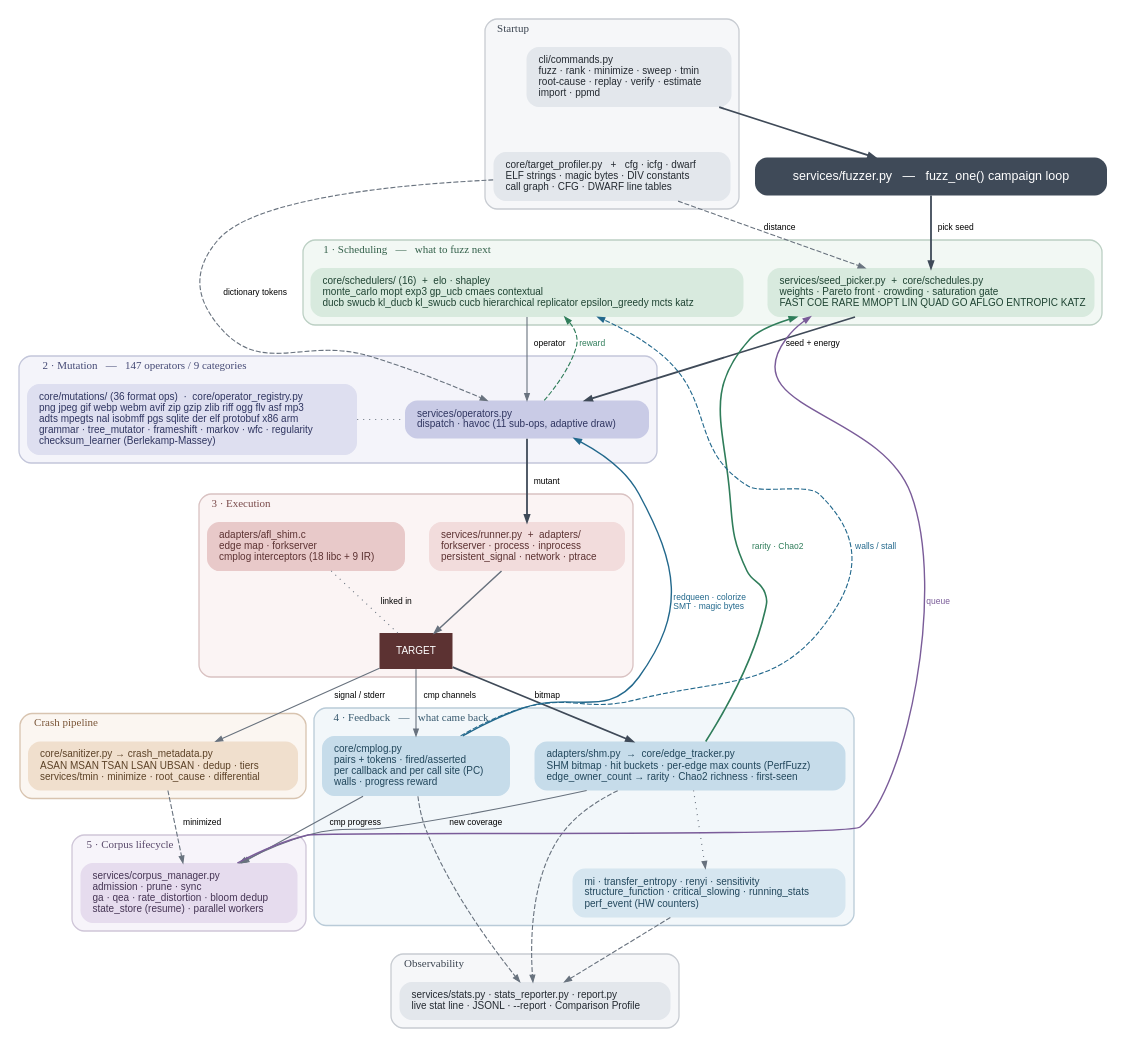
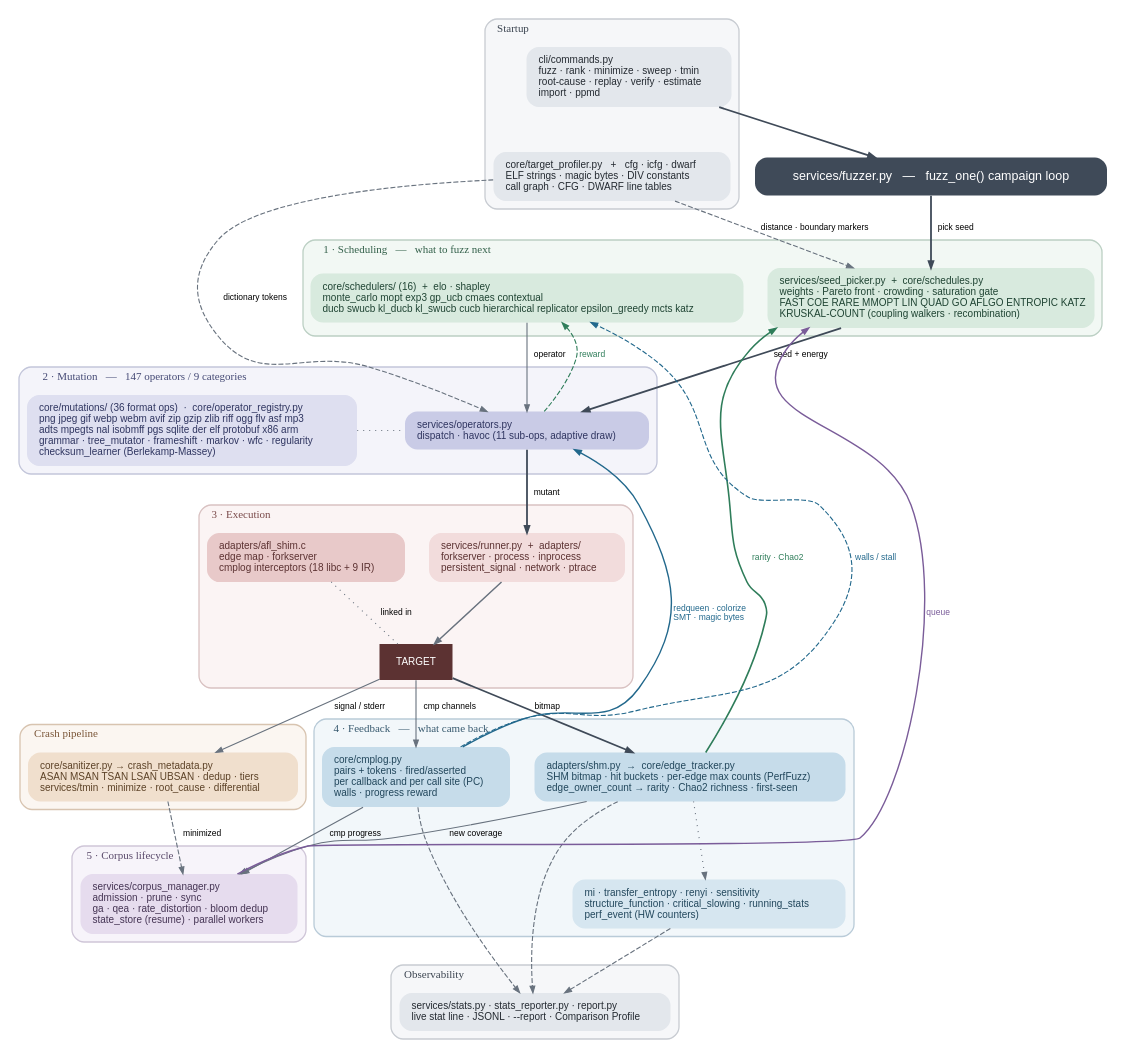
One commit to daedalus/fuzzer changed the diagram in docs/architecture.dot. Above: the diagram before and after it, drawn with Graphviz. The commit also changed 6 other files, not shown here.

First line of the commit message:
docs: document --kruskal-count and its open A/B

```diff
--- a/docs/architecture.dot
+++ b/docs/architecture.dot
@@ -1,162 +1,162 @@
 // fuzzer-tool subsystem architecture.
 //
 // Regenerate with:
 //   dot -Tpng -Gdpi=130 docs/architecture.dot -o docs/images/architecture.png
 //   dot -Tsvg            docs/architecture.dot -o docs/images/architecture.svg
 //
 // Node labels carry the real module paths under src/fuzzer_tool/, so the
 // diagram can be checked against the tree rather than trusted. Boxes are
 // subsystems, not files: a single box may cover several modules, and the
 // per-module detail lives in the README sections and docs/DEEP_DIVE.md.
 //
 // Reading order: the campaign loop runs down the dark spine -- pick a
 // seed, mutate it, execute it, measure what came back. The coloured edges
 // on the right are the return paths that close the loop:
 //   green  = coverage and reward feeding scheduling
 //   blue   = comparison signal feeding mutation and stall detection
 //   purple = corpus queue feeding seed selection
 
 digraph fuzzer_tool {
     rankdir=TB;
     compound=true;
     newrank=true;
     bgcolor="white";
     splines=spline;
     nodesep=0.34;
     ranksep=0.60;
 
     node [shape=box, style="rounded,filled", fontname="Helvetica",
           fontsize=10, margin="0.17,0.11", penwidth=0, color="#00000000"];
     edge [fontname="Helvetica", fontsize=8.5, color="#68727e",
           arrowsize=0.68, penwidth=1.1];
     graph [fontname="Helvetica Bold", fontsize=11,
            style="rounded,filled", penwidth=1.3, labeljust="l"];
 
     // ---------------------------------------------------------- startup
     subgraph cluster_start {
         label="Startup";
         color="#c8ccd2"; fillcolor="#f6f7f9"; fontcolor="#3c4551";
         cli [label="cli/commands.py\lfuzz · rank · minimize · sweep · tmin\lroot-cause · replay · verify · estimate\limport · ppmd\l",
              fillcolor="#e3e7ec", fontcolor="#242a31"];
         profiler [label="core/target_profiler.py   +   cfg · icfg · dwarf\lELF strings · magic bytes · DIV constants\lcall graph · CFG · DWARF line tables\l",
                   fillcolor="#e3e7ec", fontcolor="#242a31"];
     }
 
     fuzzer [label="services/fuzzer.py   —   fuzz_one() campaign loop",
             fillcolor="#3f4a58", fontcolor="white", fontsize=12.5,
             margin="0.28,0.16"];
 
     // ------------------------------------------------------- scheduling
     subgraph cluster_sched {
         label="1 · Scheduling   —   what to fuzz next";
         color="#bcd0c4"; fillcolor="#f2f8f4"; fontcolor="#33604a";
-        picker [label="services/seed_picker.py  +  core/schedules.py\lweights · Pareto front · crowding · saturation gate\lFAST COE RARE MMOPT LIN QUAD GO AFLGO ENTROPIC KATZ\l",
+        picker [label="services/seed_picker.py  +  core/schedules.py\lweights · Pareto front · crowding · saturation gate\lFAST COE RARE MMOPT LIN QUAD GO AFLGO ENTROPIC KATZ\lKRUSKAL-COUNT (coupling walkers · recombination)\l",
                 fillcolor="#d8eade", fontcolor="#1f4433"];
         bandit [label="core/schedulers/ (16)  +  elo · shapley\lmonte_carlo mopt exp3 gp_ucb cmaes contextual\lducb swucb kl_ducb kl_swucb cucb hierarchical replicator epsilon_greedy mcts katz\l",
                 fillcolor="#d8eade", fontcolor="#1f4433"];
     }
 
     // --------------------------------------------------------- mutation
     subgraph cluster_mut {
         label="2 · Mutation   —   147 operators / 9 categories";
         color="#c3c6da"; fillcolor="#f4f4fa"; fontcolor="#454a75";
         ops [label="services/operators.py\ldispatch · havoc (11 sub-ops, adaptive draw)\l",
              fillcolor="#c9cbe6", fontcolor="#2f3560"];
         lib [label="core/mutations/ (36 format ops)  ·  core/operator_registry.py\lpng jpeg gif webp webm avif zip gzip zlib riff ogg flv asf mp3\ladts mpegts nal isobmff pgs sqlite der elf protobuf x86 arm\lgrammar · tree_mutator · frameshift · markov · wfc · regularity\lchecksum_learner (Berlekamp-Massey)\l",
              fillcolor="#dedff0", fontcolor="#2f3560"];
     }
 
     // -------------------------------------------------------- execution
     subgraph cluster_exec {
         label="3 · Execution";
         color="#d9c2c2"; fillcolor="#fbf4f4"; fontcolor="#7a4a4a";
         runner [label="services/runner.py  +  adapters/\lforkserver · process · inprocess\lpersistent_signal · network · ptrace\l",
                 fillcolor="#f2dcdc", fontcolor="#5c3232"];
         shim [label="adapters/afl_shim.c\ledge map · forkserver\lcmplog interceptors (18 libc + 9 IR)\l",
               fillcolor="#e8c9c9", fontcolor="#5c3232"];
         target [label="TARGET", fillcolor="#5c3232", fontcolor="white",
                 shape=box, style="filled", margin="0.24,0.14"];
     }
 
     // --------------------------------------------------------- feedback
     subgraph cluster_fb {
         label="4 · Feedback   —   what came back";
         color="#b9cbd8"; fillcolor="#f2f7fa"; fontcolor="#37596e";
         cov [label="adapters/shm.py  →  core/edge_tracker.py\lSHM bitmap · hit buckets · per-edge max counts (PerfFuzz)\ledge_owner_count → rarity · Chao2 richness · first-seen\l",
              fillcolor="#c6dcea", fontcolor="#22475c"];
         cmplog [label="core/cmplog.py\lpairs + tokens · fired/asserted\lper callback and per call site (PC)\lwalls · progress reward\l",
                 fillcolor="#c6dcea", fontcolor="#22475c"];
         infoth [label="mi · transfer_entropy · renyi · sensitivity\lstructure_function · critical_slowing · running_stats\lperf_event (HW counters)\l",
                 fillcolor="#d6e6f0", fontcolor="#22475c"];
     }
 
     // ----------------------------------------------------------- sinks
     subgraph cluster_corpus {
         label="5 · Corpus lifecycle";
         color="#cfc6d8"; fillcolor="#f7f4fa"; fontcolor="#5a4a6b";
         corpus [label="services/corpus_manager.py\ladmission · prune · sync\lga · qea · rate_distortion · bloom dedup\lstate_store (resume) · parallel workers\l",
                 fillcolor="#e6dcee", fontcolor="#453454"];
     }
 
     subgraph cluster_crash {
         label="Crash pipeline";
         color="#d8c4b0"; fillcolor="#fbf6f1"; fontcolor="#7a5638";
         crash [label="core/sanitizer.py → crash_metadata.py\lASAN MSAN TSAN LSAN UBSAN · dedup · tiers\lservices/tmin · minimize · root_cause · differential\l",
                fillcolor="#f0dfcd", fontcolor="#5c4227"];
     }
 
     subgraph cluster_obs {
         label="Observability";
         color="#c8ccd2"; fillcolor="#f6f7f9"; fontcolor="#3c4551";
         obs [label="services/stats.py · stats_reporter.py · report.py\llive stat line · JSONL · --report · Comparison Profile\l",
              fillcolor="#e3e7ec", fontcolor="#242a31"];
     }
 
     // ------------------------------------------------------------ spine
     cli -> fuzzer [penwidth=1.8, color="#3f4a58"];
     fuzzer -> picker [penwidth=1.8, color="#3f4a58", label="  pick seed"];
     picker -> ops [penwidth=1.8, color="#3f4a58", label="  seed + energy"];
     ops -> runner [penwidth=1.8, color="#3f4a58", label="  mutant"];
     runner -> target [penwidth=1.5];
     target -> cov [penwidth=1.8, color="#3f4a58", label="  bitmap"];
 
     // startup feeds
     profiler -> ops [style=dashed, label="dictionary tokens  "];
-    profiler -> picker [style=dashed, label="distance  "];
+    profiler -> picker [style=dashed, label="distance · boundary markers  "];
 
     // within-stage
     bandit -> ops [label="  operator"];
     lib -> ops [dir=none, style=dotted];
     shim -> target [dir=none, style=dotted, label="  linked in"];
 
     // target outputs
     target -> cmplog [label="  cmp channels"];
     target -> crash [label="  signal / stderr"];
 
     // downstream
     cov -> infoth [style=dotted];
     cov -> corpus [label="  new coverage"];
     cmplog -> corpus [label="  cmp progress"];
     crash -> corpus [style=dashed, label="  minimized"];
 
     cov -> obs [style=dashed];
     cmplog -> obs [style=dashed];
     infoth -> obs [style=dashed];
 
     // ------------------------------------------------------ return edges
     cov -> picker [constraint=false, color="#2f7d5a", penwidth=1.6,
                    label="rarity · Chao2  ", fontcolor="#2f7d5a"];
     corpus -> picker [constraint=false, color="#7a5c99", penwidth=1.4,
                       label="queue  ", fontcolor="#7a5c99"];
     ops -> bandit [constraint=false, style=dashed, color="#2f7d5a",
                    label="reward  ", fontcolor="#2f7d5a"];
     cmplog -> ops [constraint=false, color="#22688c", penwidth=1.4,
                    label="  redqueen · colorize\l  SMT · magic bytes\l",
                    fontcolor="#22688c"];
     cmplog -> bandit [constraint=false, style=dashed, color="#22688c",
                       label="walls / stall  ", fontcolor="#22688c"];
 
     { rank=same; picker; bandit; }
     { rank=same; ops; lib; }
     { rank=same; cov; cmplog; }
 }
```
